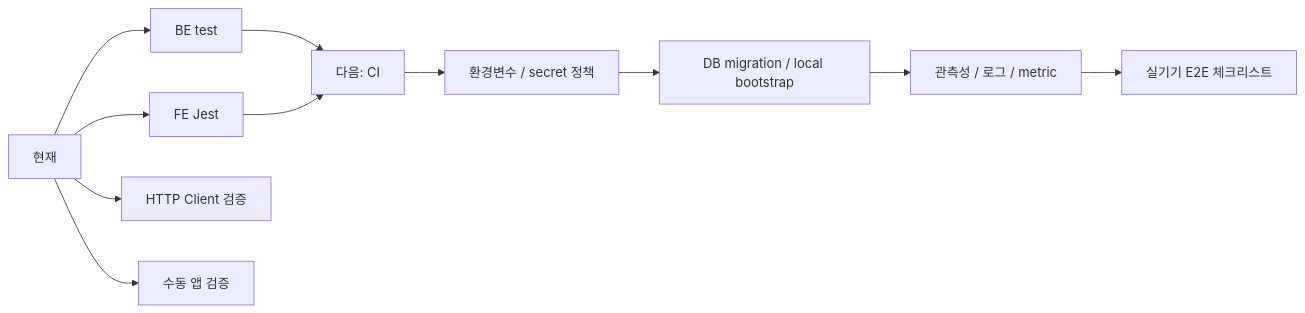
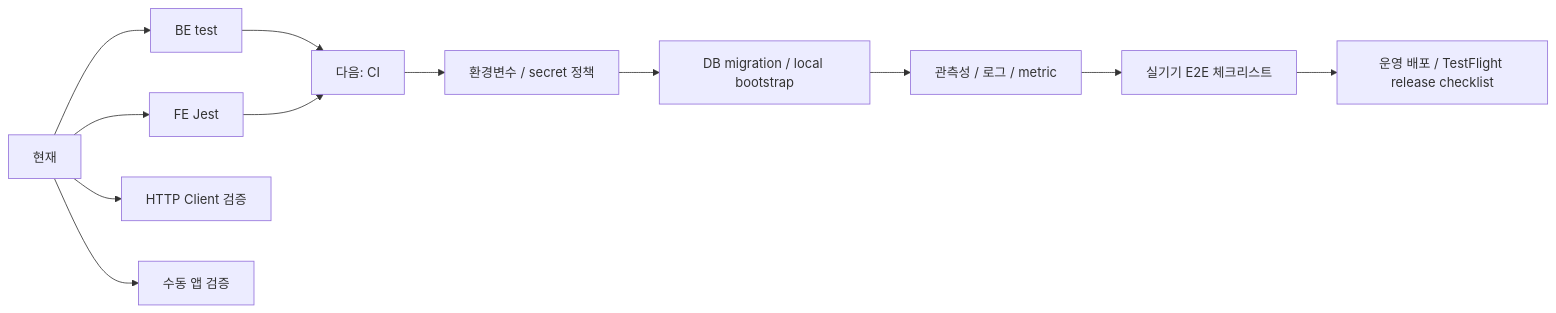
The diagram in docs/quality-ops-developer-tools-roadmap.md (NoLate-Project/NoLate_BE), drawn with Mermaid before and after one commit. The commit also changed other lines of this file and 13 other files, not shown here.

````diff
--- a/docs/quality-ops-developer-tools-roadmap.md
+++ b/docs/quality-ops-developer-tools-roadmap.md
@@ -69,14 +73,15 @@
 ```mermaid
 flowchart LR
   A["현재"] --> B["BE test"]
   A --> C["FE Jest"]
   A --> D["HTTP Client 검증"]
   A --> E["수동 앱 검증"]
 
   B --> F["다음: CI"]
   C --> F
   F --> G["환경변수 / secret 정책"]
   G --> H["DB migration / local bootstrap"]
   H --> I["관측성 / 로그 / metric"]
   I --> J["실기기 E2E 체크리스트"]
+  J --> K["운영 배포 / TestFlight release checklist"]
 ```
````
